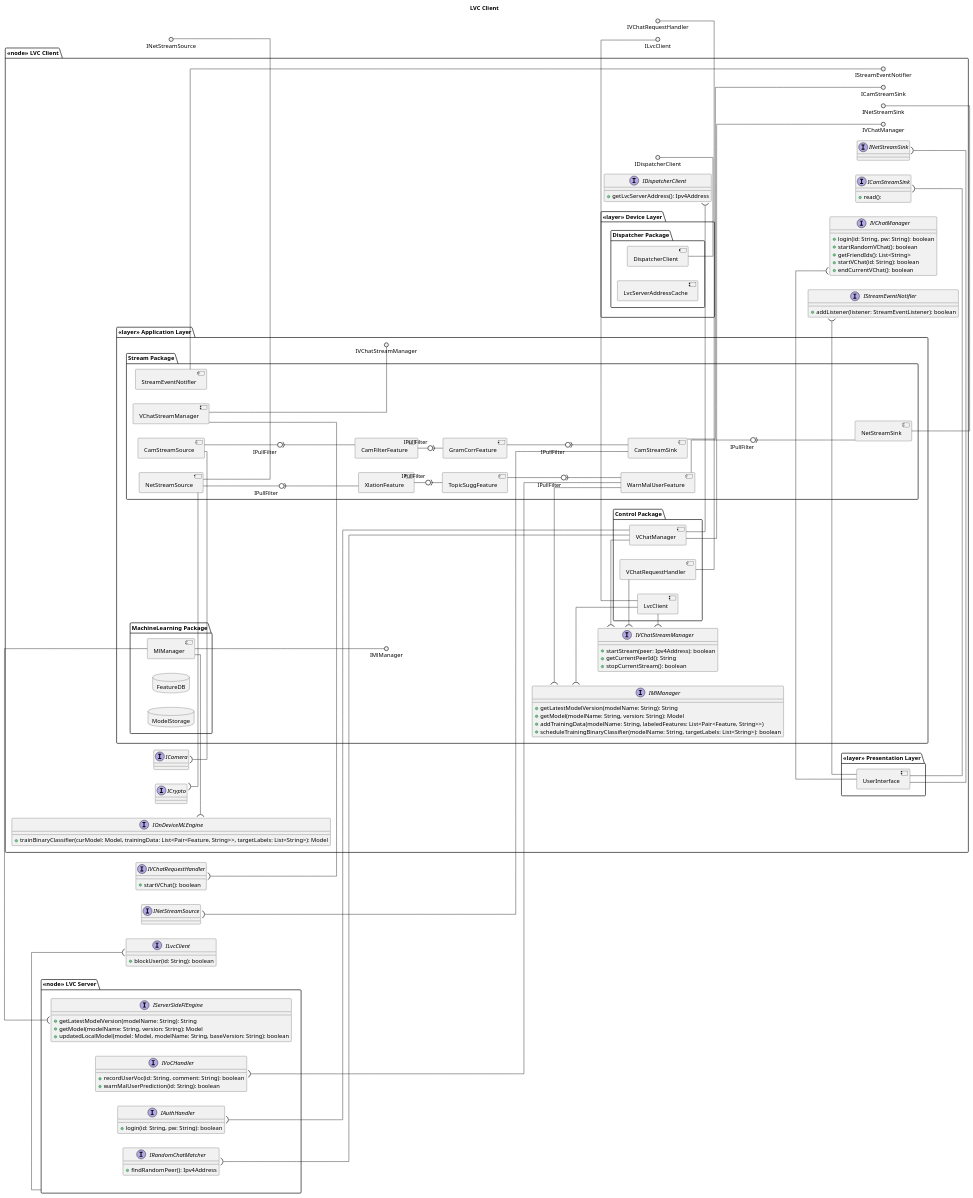
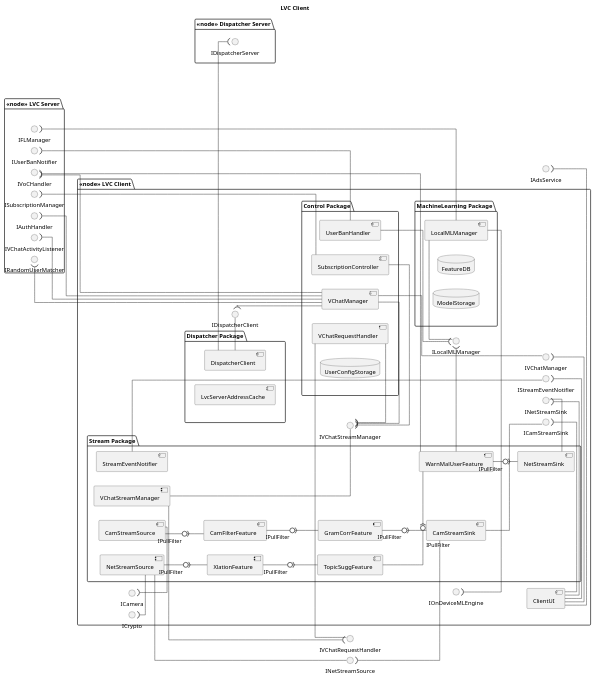
One commit to dhkim09a/associate-architect-course-2025 changed the diagram in diagrams/lvc_client_static_structure_diagram_full.puml. Above: the diagram before and after it, drawn with PlantUML. The commit also changed 4 other files, not shown here.

```diff
--- a/diagrams/lvc_client_static_structure_diagram_full.puml
+++ b/diagrams/lvc_client_static_structure_diagram_full.puml
@@ -1,188 +1,169 @@
-@startuml
+@startuml LvcClientStaticStructure
 
 left to right direction
 skinparam linetype ortho
 
-allowmixing
+page 1x2
+skinparam pageMargin 10
+skinparam pageExternalColor gray
+skinparam pageBorderColor black
 
 title LVC Client
 
 
 ' External Interfaces
 
 ' Server Interfaces
 
 package "<<node>> LVC Server" {
-  interface IAuthHandler {
-    + login(id: String, pw: String): boolean
-  }
-  interface IServerSideFlEngine {
-    + getLatestModelVersion(modelName: String): String
-    + getModel(modelName: String, version: String): Model
-    + updatedLocalModel(model: Model, modelName: String, baseVersion: String): boolean
-  }
-  interface IRandomChatMatcher {
-    + findRandomPeer(): Ipv4Address
-  }
-  interface IVoCHandler {
-    + recordUserVoc(id: String, comment: String): boolean
-    + warnMalUserPrediction(id: String): boolean
-  }
+  interface IAuthHandler
+  interface IFLManager
+  interface IRandomUserMatcher
+  interface IVoCHandler
+  interface IUserBanNotifier
+  interface ISubscriptionManager
+  interface IVChatActivityListener
+}
+
+package "<<node>> Dispatcher Server" {
+  interface IDispatcherServer
 }
 
 together {
-  interface ILvcClient {
-    + blockUser(id: String): boolean
-  }
-  interface IVChatRequestHandler {
-    + startVChat(): boolean
-  }
+  interface IVChatRequestHandler
   interface INetStreamSource
 }
 
+interface IAdsService
+
 package "<<node>> LVC Client" {
 
-  interface IOnDeviceMLEngine {
-    + trainBinaryClassifier(curModel: Model, trainingData: List<Pair<Feature, String>>, targetLabels: List<String>): Model
-  }
-  interface ICrypto {
-  }
+  interface IOnDeviceMLEngine
+  interface ICrypto
   interface ICamera
 
-  package "<<layer>> Device Layer" {
+  together {
+    interface IDispatcherClient
+  }
+
+  together {
+    interface ICamStreamSink
+    interface INetStreamSink
+    interface IVChatManager
+    interface IStreamEventNotifier
+  }
+
     package "Dispatcher Package" {
-        component DispatcherClient
-        component LvcServerAddressCache
+      component DispatcherClient
+      component LvcServerAddressCache
+    
+      IDispatcherServer )- DispatcherClient
     }
-  }
-  
-  together {
-    interface IDispatcherClient {
-      + getLvcServerAddress(): Ipv4Address
-    }
-    DispatcherClient -() IDispatcherClient
-  }
-  
-  
-  package "<<layer>> Application Layer" {
-    interface IVChatStreamManager {
-      + startStream(peer: Ipv4Address): boolean
-      + getCurrentPeerId(): String
-      + stopCurrentStream(): boolean
-    }
-    interface IMlManager {
-      + getLatestModelVersion(modelName: String): String
-      + getModel(modelName: String, version: String): Model
-      + addTrainingData(modelName: String, labeledFeatures: List<Pair<Feature, String>>)
-      + scheduleTrainingBinaryClassifier(modelName: String, targetLabels: List<String>): boolean
-    }
+
+    interface IVChatStreamManager
+    interface ILocalMLManager
 
     package "Stream Package" {
       component VChatStreamManager
       component StreamEventNotifier
       
       component CamStreamSource
       component NetStreamSource
       ICrypto )- NetStreamSource
       
       component CamStreamSink
       component NetStreamSink
   
       component CamFilterFeature
       component GramCorrFeature
   		component TopicSuggFeature
   		component XlationFeature
   		component WarnMalUserFeature
-  '		component SummaryFeature
-  
-  '		interface IPullFilter
-  
+
   		ICamera )- CamStreamSource
   		CamStreamSource -0)- CamFilterFeature : IPullFilter
   		CamFilterFeature -0)- GramCorrFeature : IPullFilter
   		GramCorrFeature -0)- CamStreamSink : IPullFilter
   		INetStreamSource )- CamStreamSink
   
   		NetStreamSource -0)- XlationFeature : IPullFilter
   		XlationFeature -0)- TopicSuggFeature : IPullFilter
   		TopicSuggFeature -0)- WarnMalUserFeature : IPullFilter
   		WarnMalUserFeature -0)- NetStreamSink : IPullFilter
   
       IVChatRequestHandler )- VChatStreamManager
     }
 
     
     package "MachineLearning Package" {
-      component MlManager
+      component LocalMLManager
       database FeatureDB
       database ModelStorage
     }
   
     package "Control Package" {
-      component LvcClient
       component VChatManager
       component VChatRequestHandler
+      component SubscriptionController
+      component UserBanHandler
+      database UserConfigStorage
       
       IDispatcherClient )- VChatManager
       IAuthHandler )- VChatManager
-      IRandomChatMatcher )- VChatManager
+      IRandomUserMatcher )- VChatManager
       IVChatStreamManager )- VChatManager
+      IVoCHandler )- VChatManager
+      IVChatActivityListener )- VChatManager
+
+      IUserBanNotifier )- UserBanHandler
+      ILocalMLManager )- UserBanHandler
+
+      IVChatStreamManager )- VChatRequestHandler
       
-      IVChatStreamManager )- VChatRequestHandler
+      IVChatStreamManager )- SubscriptionController
+      ISubscriptionManager )- SubscriptionController
+      
     }
   
-    VChatStreamManager --() IVChatStreamManager
+    VChatStreamManager -() IVChatStreamManager
   
-    MlManager --() IMlManager
+    LocalMLManager -() ILocalMLManager
     
-    IMlManager )- WarnMalUserFeature
+    ILocalMLManager )- WarnMalUserFeature
     IVoCHandler )- WarnMalUserFeature
-    
-    IMlManager )- LvcClient
-    IVChatStreamManager )- LvcClient
-  }
-  
-  together {
-    interface ICamStreamSink {
-      + read():
-    }
-    CamStreamSink -() ICamStreamSink
-  
-    interface INetStreamSink
-    NetStreamSink -() INetStreamSink
 
-    interface IVChatManager {
-      + login(id: String, pw: String): boolean
-      + startRandomVChat(): boolean
-      + getFriendIds(): List<String>
-      + startVChat(id: String): boolean
-      + endCurrentVChat(): boolean
-    }
-    VChatManager -() IVChatManager
-    interface IStreamEventNotifier {
-      + addListener(listener: StreamEventListener): boolean
-    }
-    StreamEventNotifier -() IStreamEventNotifier
-  }
-  
-  package "<<layer>> Presentation Layer" {
-    component UserInterface
-  	INetStreamSink )- UserInterface
-  	ICamStreamSink )- UserInterface
-  	IVChatManager )- UserInterface
-  	IStreamEventNotifier )- UserInterface
-  }
-  
-  IServerSideFlEngine )- MlManager
-  IOnDeviceMLEngine )- MlManager
+    component ClientUI
+  	INetStreamSink )- ClientUI
+  	ICamStreamSink )- ClientUI
+  	IVChatManager )- ClientUI
+  	IStreamEventNotifier )- ClientUI
+
+  DispatcherClient -() IDispatcherClient
+
+  CamStreamSink -() ICamStreamSink
+  NetStreamSink -() INetStreamSink
+  VChatManager -() IVChatManager
+  StreamEventNotifier -() IStreamEventNotifier
+
+  IFLManager )- LocalMLManager
+  IOnDeviceMLEngine )- LocalMLManager
 }
 
-LvcClient -() ILvcClient
 VChatRequestHandler -() IVChatRequestHandler
 NetStreamSource -() INetStreamSource
 
-"<<node>> LVC Server" -( ILvcClient
+IAdsService )- ClientUI
 
-' "<<node>> LVC Client" ----[hidden]- "<<node>> LVC Server"
+"Dispatcher Package" -[hidden]- "Control Package"
+"Control Package" -[hidden]- "MachineLearning Package"
+' IUserBanNotifier -[hidden]- IRandomUserMatcher
+' IRandomUserMatcher -[hidden]- IAuthHandler
+' IAuthHandler -[hidden]- IFLManager
+' IFLManager -[hidden]- IVoCHandler
+' IVoCHandler -[hidden]- IUserBanNotifier
+' IUserBanNotifier -[hidden]- ISubscriptionManager
+
+"<<node>> LVC Server" --[hidden]- "<<node>> Dispatcher Server"
+' "<<node>> LVC Server" -[hidden]left- "<<node>> LVC Client"
 
 @enduml
```
